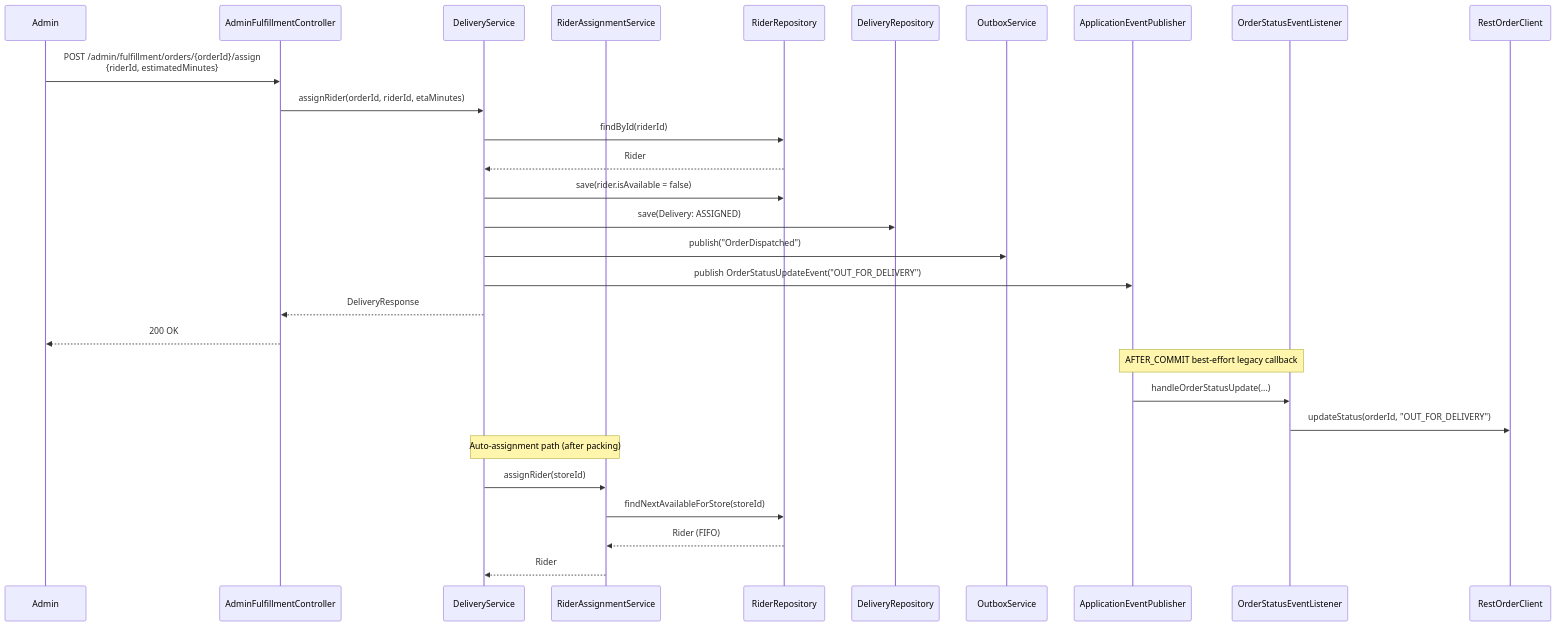
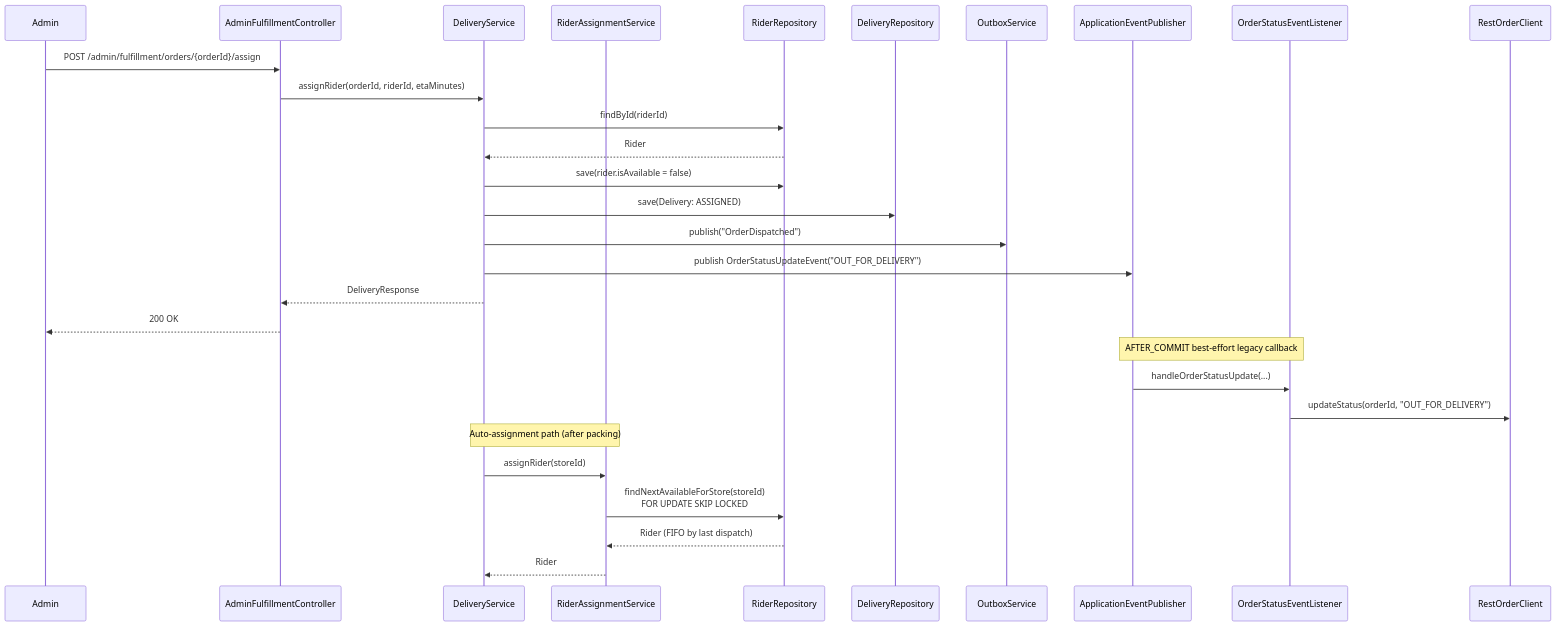
One commit to sunitakeazycommerz-a11y/InstaCommerce changed the seventh of 9 diagrams in services/fulfillment-service/README.md. Above: the diagram before and after it, drawn with Mermaid. The commit also changed other lines of this file and 554 other files, not shown here.

````diff
--- a/services/fulfillment-service/README.md
+++ b/services/fulfillment-service/README.md
@@ -124,34 +301,34 @@
 ```mermaid
 sequenceDiagram
     participant Admin
-    participant AdminController as AdminFulfillmentController
+    participant AdminCtrl as AdminFulfillmentController
     participant DS as DeliveryService
     participant RAS as RiderAssignmentService
     participant RiderRepo as RiderRepository
     participant DeliveryRepo as DeliveryRepository
     participant Outbox as OutboxService
     participant EventBus as ApplicationEventPublisher
     participant Listener as OrderStatusEventListener
     participant OrderClient as RestOrderClient
 
-    Admin->>AdminController: POST /admin/fulfillment/orders/{orderId}/assign<br/>{riderId, estimatedMinutes}
-    AdminController->>DS: assignRider(orderId, riderId, etaMinutes)
+    Admin->>AdminCtrl: POST /admin/fulfillment/orders/{orderId}/assign
+    AdminCtrl->>DS: assignRider(orderId, riderId, etaMinutes)
     DS->>RiderRepo: findById(riderId)
     RiderRepo-->>DS: Rider
     DS->>RiderRepo: save(rider.isAvailable = false)
     DS->>DeliveryRepo: save(Delivery: ASSIGNED)
     DS->>Outbox: publish("OrderDispatched")
     DS->>EventBus: publish OrderStatusUpdateEvent("OUT_FOR_DELIVERY")
-    DS-->>AdminController: DeliveryResponse
-    AdminController-->>Admin: 200 OK
+    DS-->>AdminCtrl: DeliveryResponse
+    AdminCtrl-->>Admin: 200 OK
 
     Note over EventBus,Listener: AFTER_COMMIT best-effort legacy callback
     EventBus->>Listener: handleOrderStatusUpdate(...)
     Listener->>OrderClient: updateStatus(orderId, "OUT_FOR_DELIVERY")
 
     Note over DS,RAS: Auto-assignment path (after packing)
     DS->>RAS: assignRider(storeId)
-    RAS->>RiderRepo: findNextAvailableForStore(storeId)
-    RiderRepo-->>RAS: Rider (FIFO)
+    RAS->>RiderRepo: findNextAvailableForStore(storeId)<br/>FOR UPDATE SKIP LOCKED
+    RiderRepo-->>RAS: Rider (FIFO by last dispatch)
     RAS-->>DS: Rider
 ```
````
